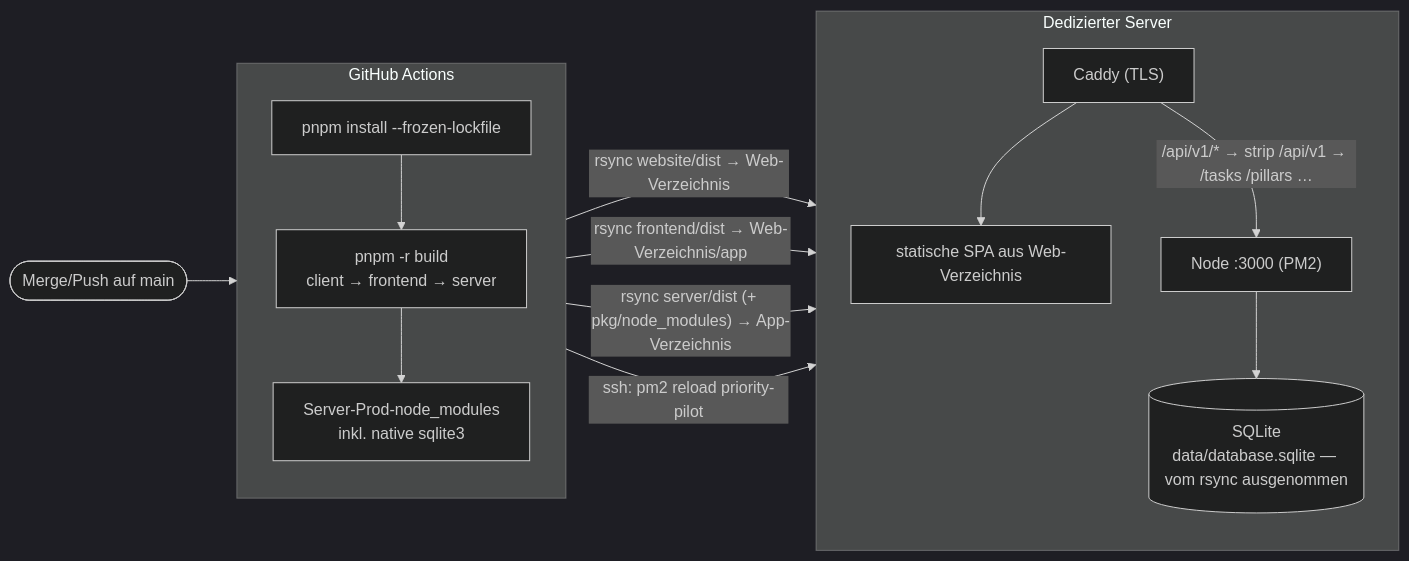
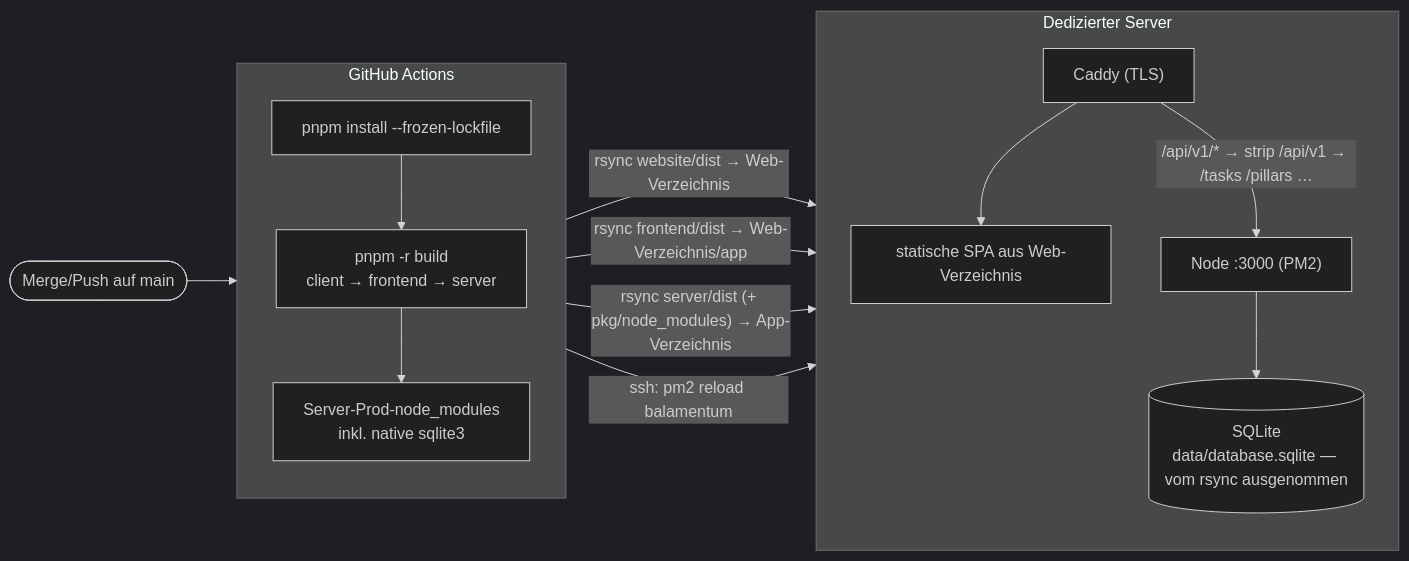
Before and after one commit to deleonio/priority-pilot: the diagram in docs/deployment.md, drawn with Mermaid (dark theme). The commit also changed other lines of this file and 196 other files, not shown here.

First line of the commit message:
refactor: Priority Pilot heißt jetzt Balamentum

````diff
--- a/docs/deployment.md
+++ b/docs/deployment.md
@@ -32,22 +32,22 @@
 ```mermaid
 flowchart LR
     merge([Merge/Push auf main]) --> gha
 
     subgraph gha["GitHub Actions"]
         direction TB
         b1["pnpm install --frozen-lockfile"] --> b2["pnpm -r build<br/>client → frontend → server"]
         b2 --> b3["Server-Prod-node_modules<br/>inkl. native sqlite3"]
     end
 
     gha -- "rsync website/dist → Web-Verzeichnis" --> host
     gha -- "rsync frontend/dist → Web-Verzeichnis/app" --> host
     gha -- "rsync server/dist (+ pkg/node_modules) → App-Verzeichnis" --> host
-    gha -- "ssh: pm2 reload priority-pilot" --> host
+    gha -- "ssh: pm2 reload balamentum" --> host
 
     subgraph host["Dedizierter Server"]
         direction TB
         caddy["Caddy (TLS)"] --> spa["statische SPA aus Web-Verzeichnis"]
         caddy -- "/api/v1/* → strip /api/v1 → /tasks /pillars …" --> node["Node :3000 (PM2)"]
         node --> db[("SQLite<br/>data/database.sqlite — vom rsync ausgenommen")]
     end
 ```
````
